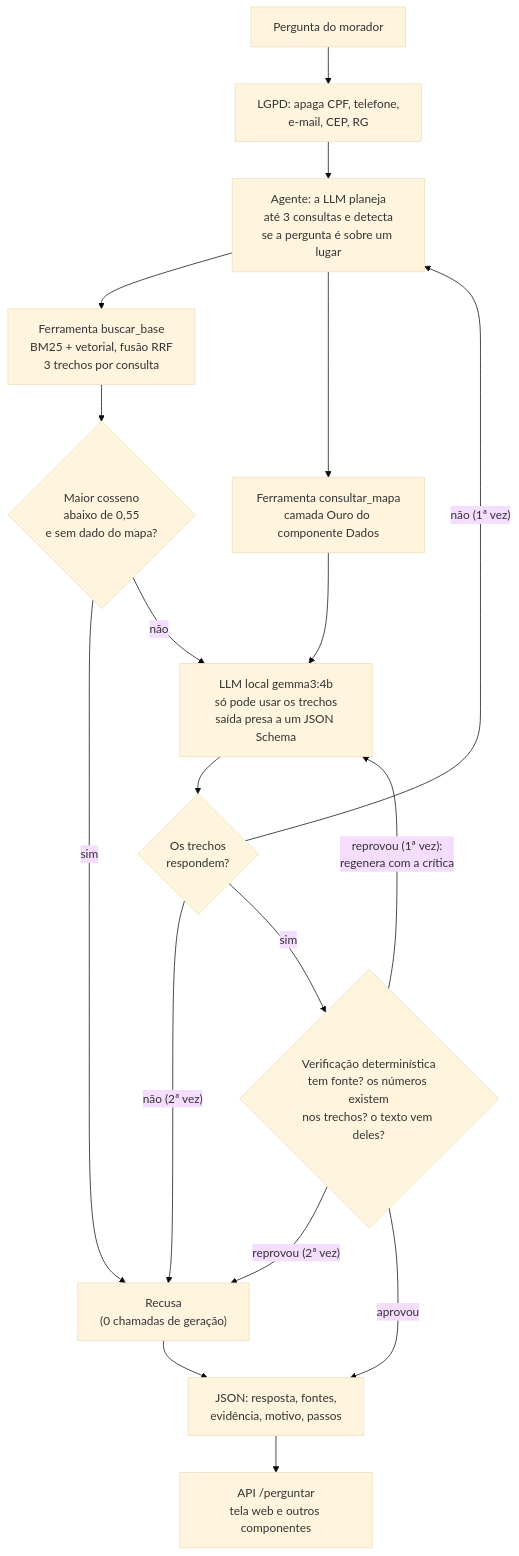
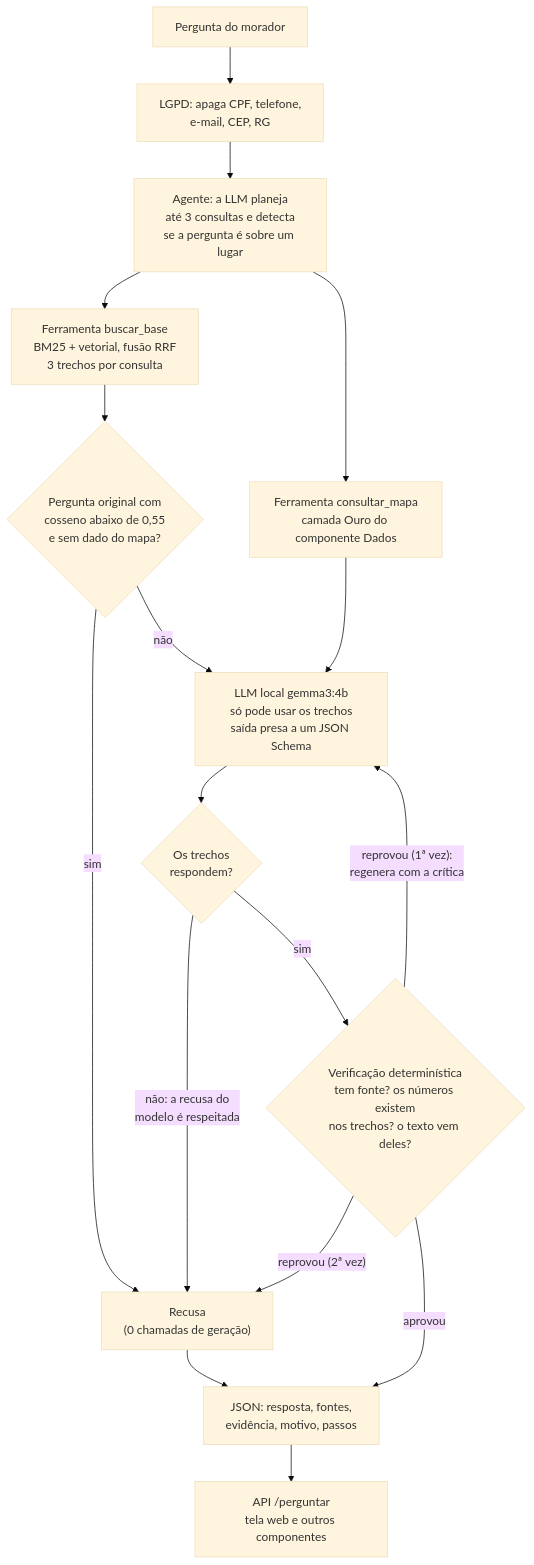
Before and after one commit to FelipeVoidela/GS2-2026-GENERATIVE-IA: the second of 2 diagrams in RELATORIO.md, drawn with Mermaid (base theme). The commit also changed other lines of this file and 16 other files, not shown here.

````diff
--- a/RELATORIO.md
+++ b/RELATORIO.md
@@ -94,20 +94,19 @@
 ```mermaid
 flowchart TD
     P["Pergunta do morador"] --> L["LGPD: apaga CPF, telefone,<br/>e-mail, CEP, RG"]
     L --> AG["Agente: a LLM planeja<br/>até 3 consultas e detecta<br/>se a pergunta é sobre um lugar"]
     AG --> B["Ferramenta buscar_base<br/>BM25 + vetorial, fusão RRF<br/>3 trechos por consulta"]
     AG --> M["Ferramenta consultar_mapa<br/>camada Ouro do componente Dados"]
-    B --> LIM{"Maior cosseno<br/>abaixo de 0,55<br/>e sem dado do mapa?"}
+    B --> LIM{"Pergunta original com<br/>cosseno abaixo de 0,55<br/>e sem dado do mapa?"}
     LIM -->|sim| REC["Recusa<br/>(0 chamadas de geração)"]
     LIM -->|não| G["LLM local gemma3:4b<br/>só pode usar os trechos<br/>saída presa a um JSON Schema"]
     M --> G
     G --> D{"Os trechos<br/>respondem?"}
-    D -->|"não (1ª vez)"| AG
-    D -->|"não (2ª vez)"| REC
+    D -->|"não: a recusa do<br/>modelo é respeitada"| REC
     D -->|sim| V{"Verificação determinística<br/>tem fonte? os números existem<br/>nos trechos? o texto vem deles?"}
     V -->|"reprovou (1ª vez):<br/>regenera com a crítica"| G
     V -->|"reprovou (2ª vez)"| REC
     V -->|aprovou| S["JSON: resposta, fontes,<br/>evidência, motivo, passos"]
     REC --> S
     S --> API["API /perguntar<br/>tela web e outros componentes"]
 ```
````
